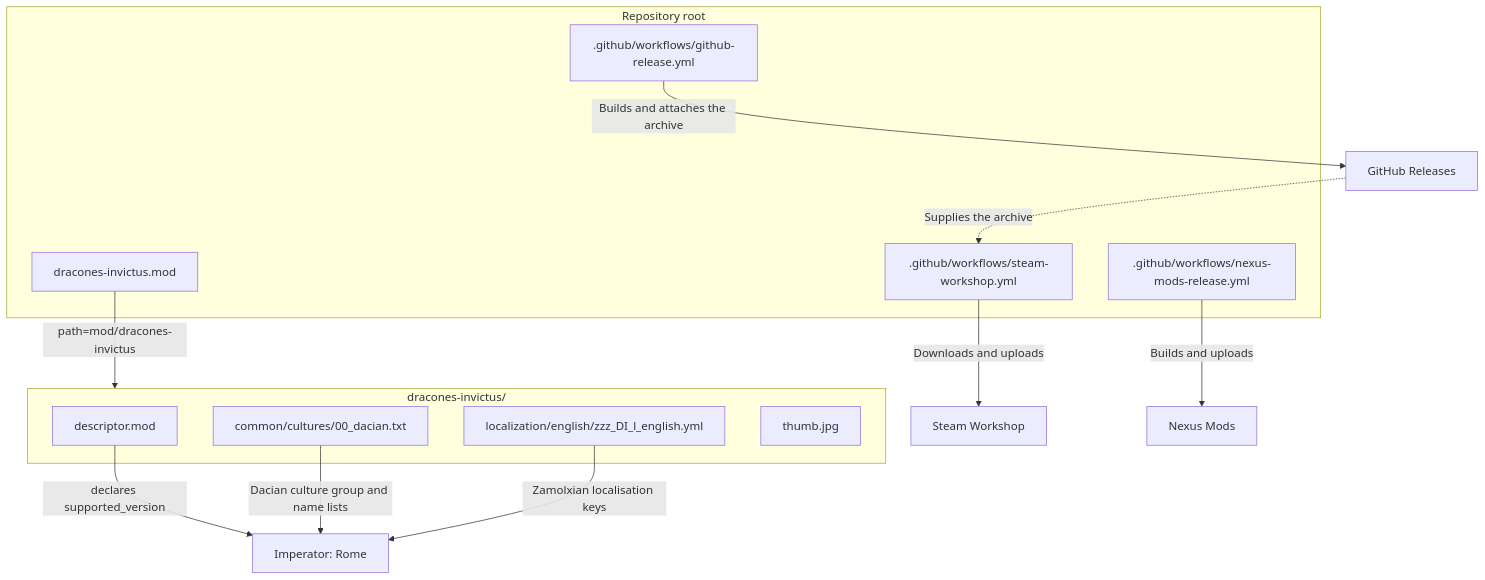
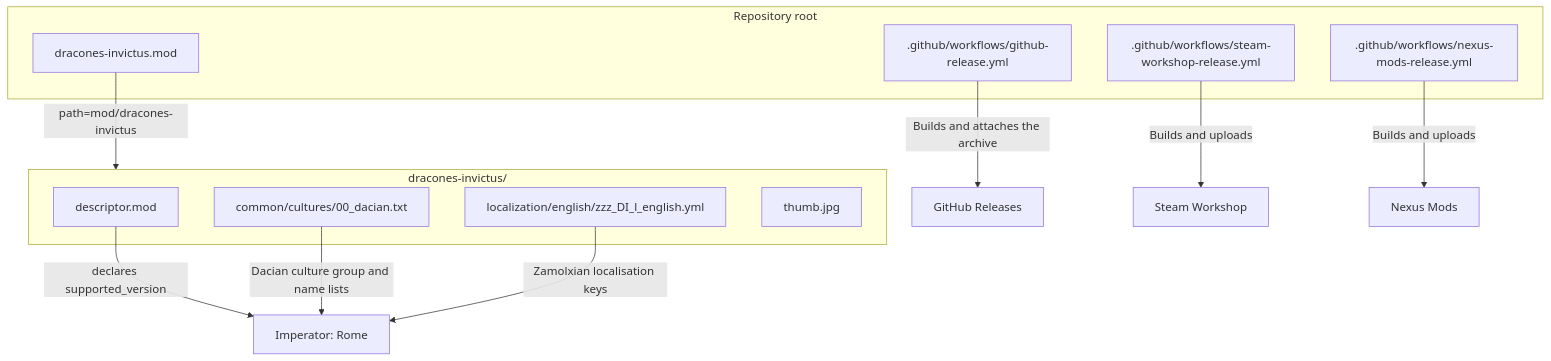
The second of 5 diagrams in ARCHITECTURE.md (hmlendea/imperator-dracones-invictus), drawn with Mermaid before and after one commit. The commit also changed other lines of this file and 25 other files, not shown here.

Commit message:
ci: Updated the Steam Workshop Release workflow

````diff
--- a/ARCHITECTURE.md
+++ b/ARCHITECTURE.md
@@ -75,23 +75,22 @@
 ```mermaid
 flowchart TB
     subgraph Mod[dracones-invictus/]
         Descriptors[descriptor.mod]
         Cultures[common/cultures/00_dacian.txt]
         Loc[localization/english/zzz_DI_l_english.yml]
         Thumb[thumb.jpg]
     end
     subgraph Repo[Repository root]
         RootMod[dracones-invictus.mod]
         ReleaseWorkflow[.github/workflows/github-release.yml]
-        WorkshopWorkflow[.github/workflows/steam-workshop.yml]
+        WorkshopWorkflow[.github/workflows/steam-workshop-release.yml]
         NexusWorkflow[.github/workflows/nexus-mods-release.yml]
     end
     RootMod -->|path=mod/dracones-invictus| Mod
     Descriptors -->|declares supported_version| Game[Imperator: Rome]
     Cultures -->|Dacian culture group and name lists| Game
     Loc -->|Zamolxian localisation keys| Game
     ReleaseWorkflow -->|Builds and attaches the archive| Releases[GitHub Releases]
-    WorkshopWorkflow -->|Downloads and uploads| Workshop[Steam Workshop]
+    WorkshopWorkflow -->|Builds and uploads| Workshop[Steam Workshop]
     NexusWorkflow -->|Builds and uploads| Nexus[Nexus Mods]
-    Releases -.->|Supplies the archive| WorkshopWorkflow
 ```
````
